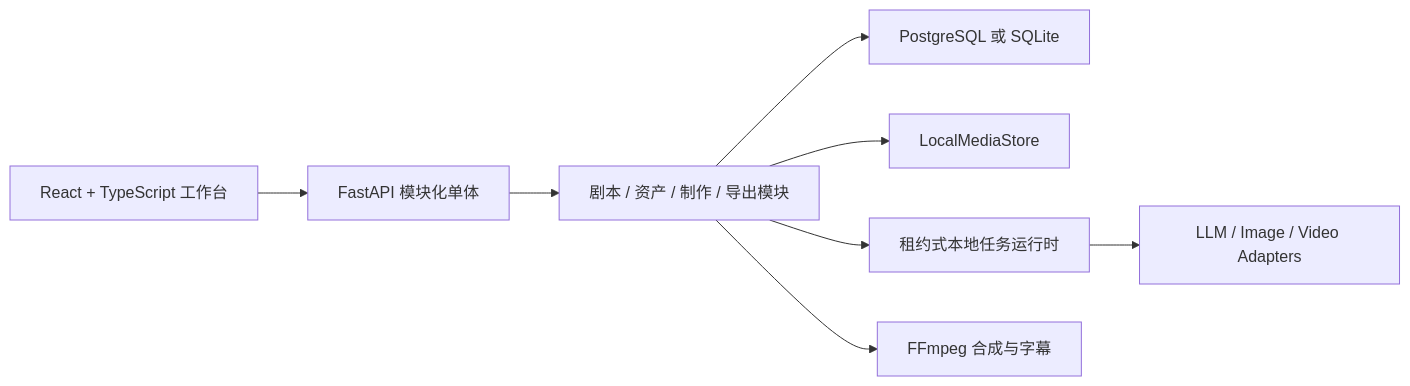
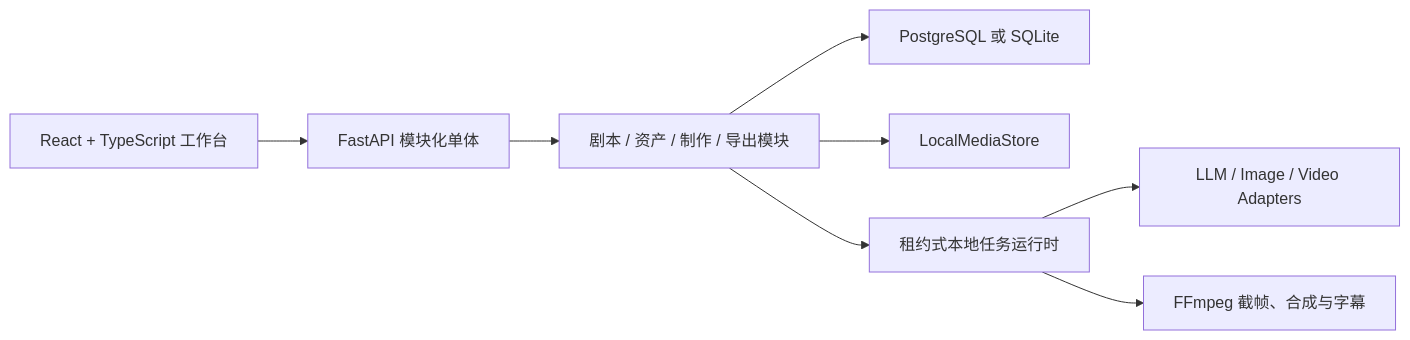
Before and after one commit to xkm1652262991/VerbaScene: the diagram in README.md, drawn with Mermaid. The commit also changed other lines of this file and 50 other files, not shown here.

````diff
--- a/README.md
+++ b/README.md
@@ -50,10 +50,10 @@
 ```mermaid
 flowchart LR
   UI["React + TypeScript 工作台"] --> API["FastAPI 模块化单体"]
   API --> DOMAIN["剧本 / 资产 / 制作 / 导出模块"]
   DOMAIN --> DB["PostgreSQL 或 SQLite"]
   DOMAIN --> FILES["LocalMediaStore"]
   DOMAIN --> RUNTIME["租约式本地任务运行时"]
   RUNTIME --> PROVIDERS["LLM / Image / Video Adapters"]
-  DOMAIN --> FFMPEG["FFmpeg 合成与字幕"]
+  RUNTIME --> FFMPEG["FFmpeg 截帧、合成与字幕"]
 ```
````
